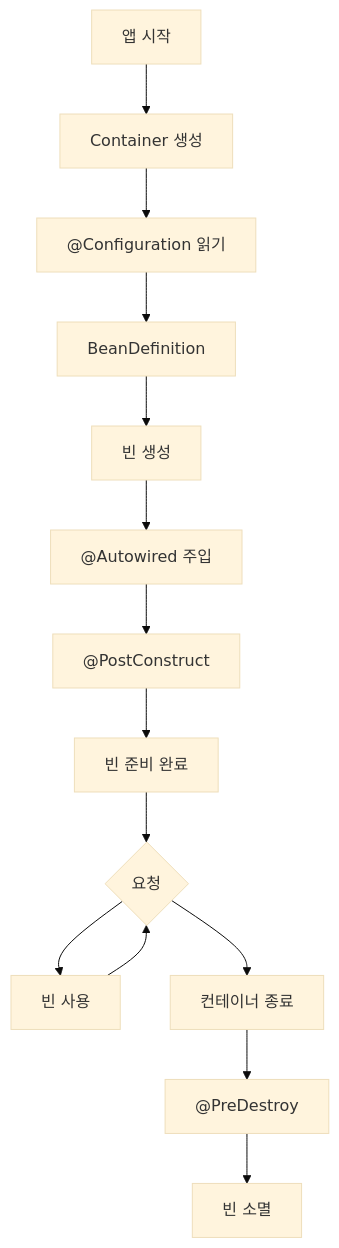
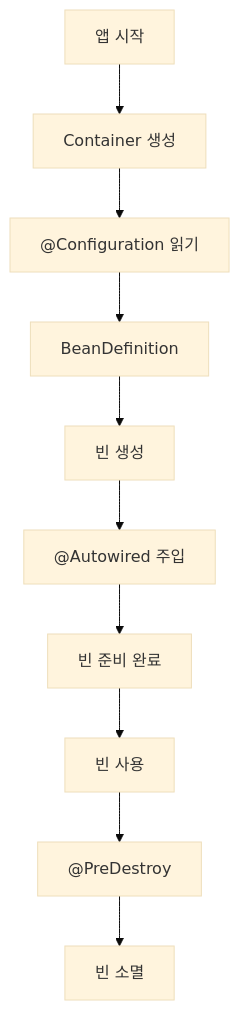
One commit to yjkim2015/yjkim2015.github.io changed diagram 11 of 13 in _posts/spring/2026-05-02-spring-core-basic.md. Above: the diagram before and after it, drawn with Mermaid (base theme). The commit also changed other lines of this file and 155 other files, not shown here.

First line of the commit message:
Mermaid 전면 수정: subgraph 제거, participant/노드/줄수 축소 (342블록)

````diff
--- a/_posts/spring/2026-05-02-spring-core-basic.md
+++ b/_posts/spring/2026-05-02-spring-core-basic.md
@@ -741,9 +738,9 @@
 ```mermaid
 flowchart TD
     A["앱 시작"] --> B["Container 생성"]
     B --> C["@Configuration 읽기"] --> D["BeanDefinition"]
     D --> E["빈 생성"] --> F["@Autowired 주입"]
-    F --> G["@PostConstruct"] --> H["빈 준비 완료"]
-    H --> I{"요청"} --> J["빈 사용"] --> I
-    I --> K["컨테이너 종료"] --> L["@PreDestroy"] --> M["빈 소멸"]
+    F --> G["빈 준비 완료"]
+    G --> H["빈 사용"]
+    H --> I["@PreDestroy"] --> J["빈 소멸"]
 ```
````
